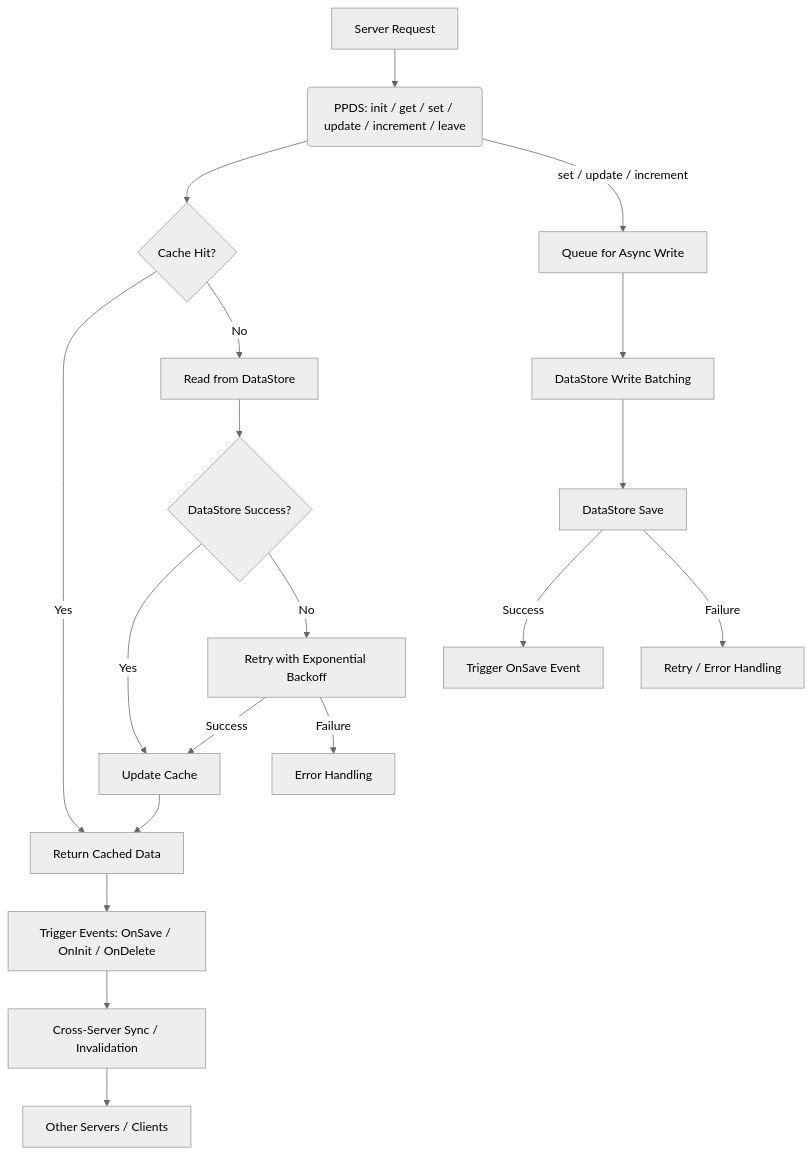
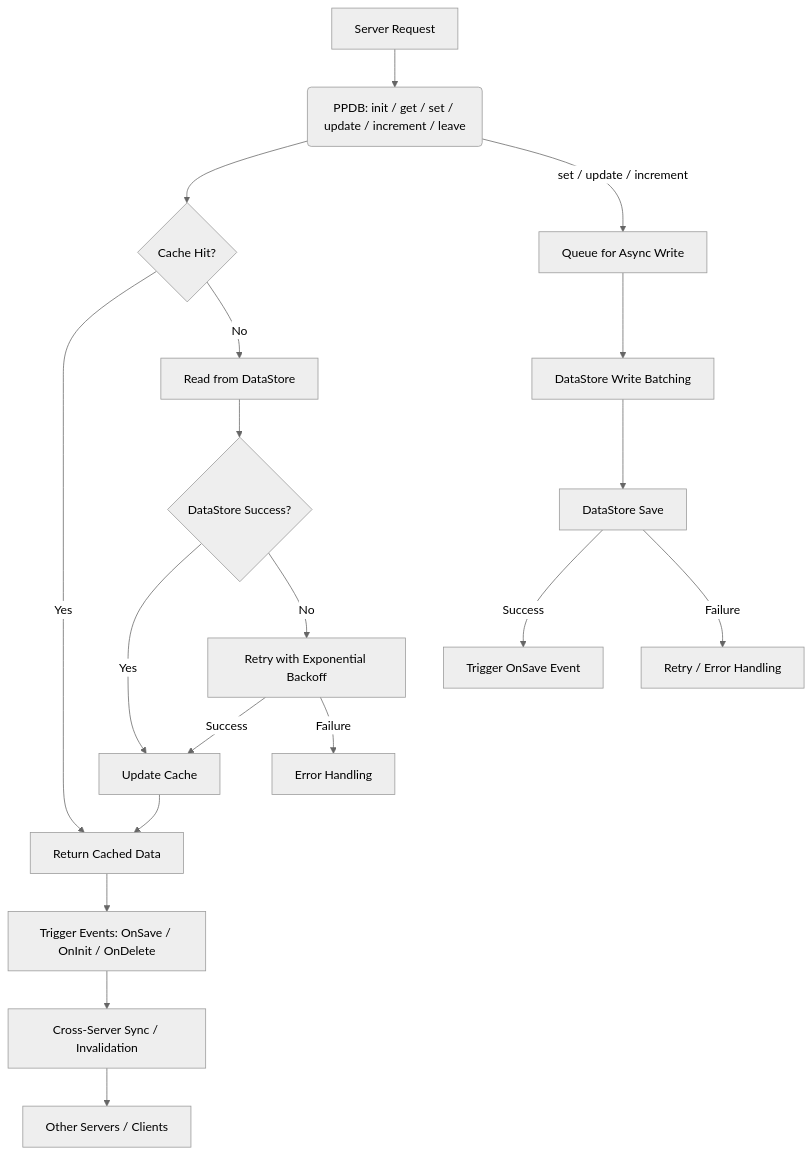
One commit to Paopun20/PaoPaoDataStore changed the diagram in docs/index.md. Above: the diagram before and after it, drawn with Mermaid (neutral theme). The commit also changed other lines of this file and 11 other files, not shown here.

````diff
--- a/docs/index.md
+++ b/docs/index.md
@@ -17,37 +17,37 @@
 ``` mermaid
 graph TD
     %% Requests
-    A[Server Request] --> B(PPDS: init / get / set / update / increment / leave)
+    A[Server Request] --> B(PPDB: init / get / set / update / increment / leave)
     
     %% Cache Flow
     B --> C{Cache Hit?}
     C -- Yes --> D[Return Cached Data]
     C -- No --> E[Read from DataStore]
     
     %% DataStore Success Path
     E --> F{DataStore Success?}
     F -- Yes --> G[Update Cache]
     G --> D
     
     %% DataStore Failure Path
     F -- No --> H[Retry with Exponential Backoff]
     H -- Success --> G
     H -- Failure --> I[Error Handling]
     
     %% Event Propagation
     D --> J[Trigger Events: OnSave / OnInit / OnDelete]
     J --> K[Cross-Server Sync / Invalidation]
     K --> L[Other Servers / Clients]
     
     %% Async Write Path
     B -- set / update / increment --> M[Queue for Async Write]
     M --> N[DataStore Write Batching]
     N --> O[DataStore Save]
     O -- Success --> P[Trigger OnSave Event]
     O -- Failure --> Q[Retry / Error Handling]
     
     class C,D,G cache;
     class E,F,H,O,N datastore;
     class J,K,L,P events;
     class M,Q async;
 ```
````
